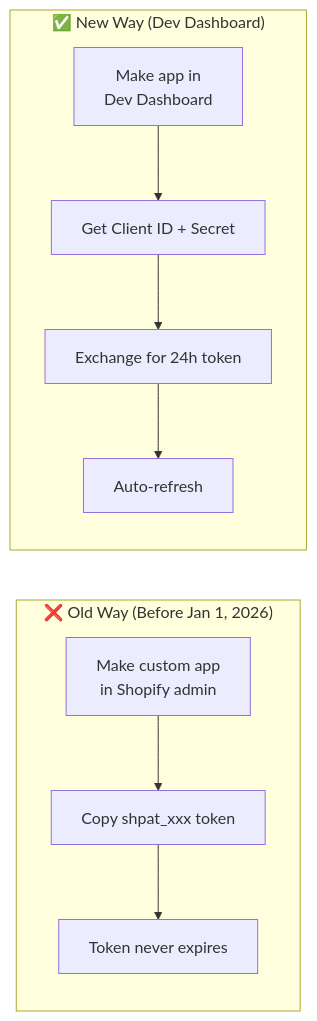
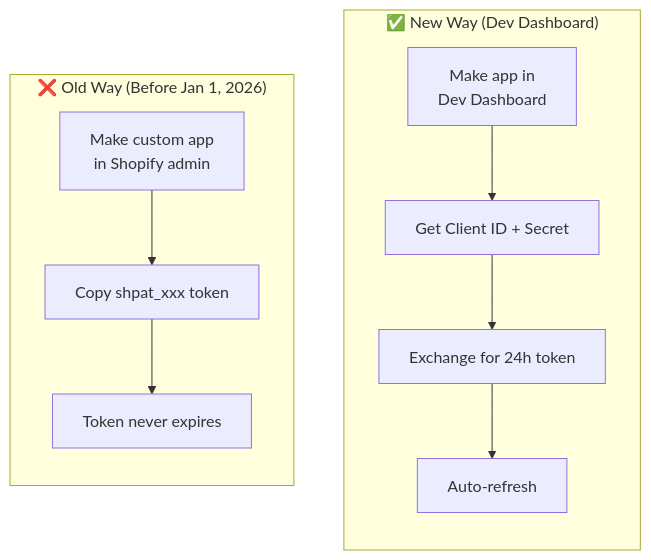
The fifth of 21 diagrams in README.md (solydstore/inner_cnft_manager_heroku), drawn with Mermaid before and after one commit. The commit also changed other lines of this file, not shown here.

Commit message:
Fix Mermaid charts

````diff
--- a/README.md
+++ b/README.md
@@ -458,17 +463,19 @@
 ```mermaid
 flowchart LR
     subgraph Old["❌ Old Way (Before Jan 1, 2026)"]
         A1[Make custom app<br/>in Shopify admin]
         A2[Copy shpat_xxx token]
         A3[Token never expires]
         A1 --> A2 --> A3
     end
 
     subgraph New["✅ New Way (Dev Dashboard)"]
         B1[Make app in<br/>Dev Dashboard]
         B2[Get Client ID + Secret]
         B3[Exchange for 24h token]
         B4[Auto-refresh]
         B1 --> B2 --> B3 --> B4
     end
+
+    Old ~~~ New
 ```
````
